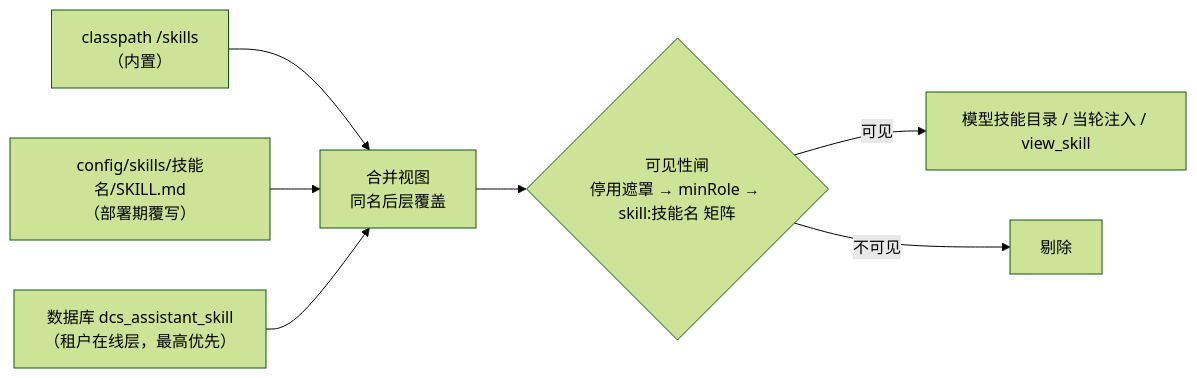
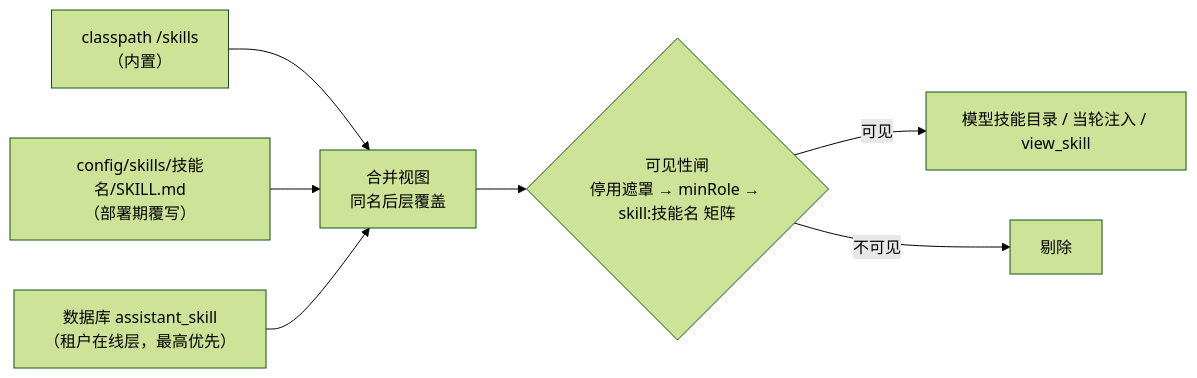
One commit to ck-ys/SmartDock changed diagram 15 of 18 in docs/backend-architecture.md. Above: the diagram before and after it, drawn with Mermaid (forest theme). The commit also changed other lines of this file and 24 other files, not shown here.

````diff
--- a/docs/backend-architecture.md
+++ b/docs/backend-architecture.md
@@ -1019,9 +1019,9 @@
 ```mermaid
 flowchart LR
   A["classpath /skills<br/>（内置）"] --> M["合并视图<br/>同名后层覆盖"]
   B["config/skills/技能名/SKILL.md<br/>（部署期覆写）"] --> M
-  C["数据库 dcs_assistant_skill<br/>（租户在线层，最高优先）"] --> M
+  C["数据库 assistant_skill<br/>（租户在线层，最高优先）"] --> M
   M --> G{"可见性闸<br/>停用遮罩 → minRole → skill:技能名 矩阵"}
   G -- 可见 --> V["模型技能目录 / 当轮注入 / view_skill"]
   G -- 不可见 --> X["剔除"]
 ```
````
